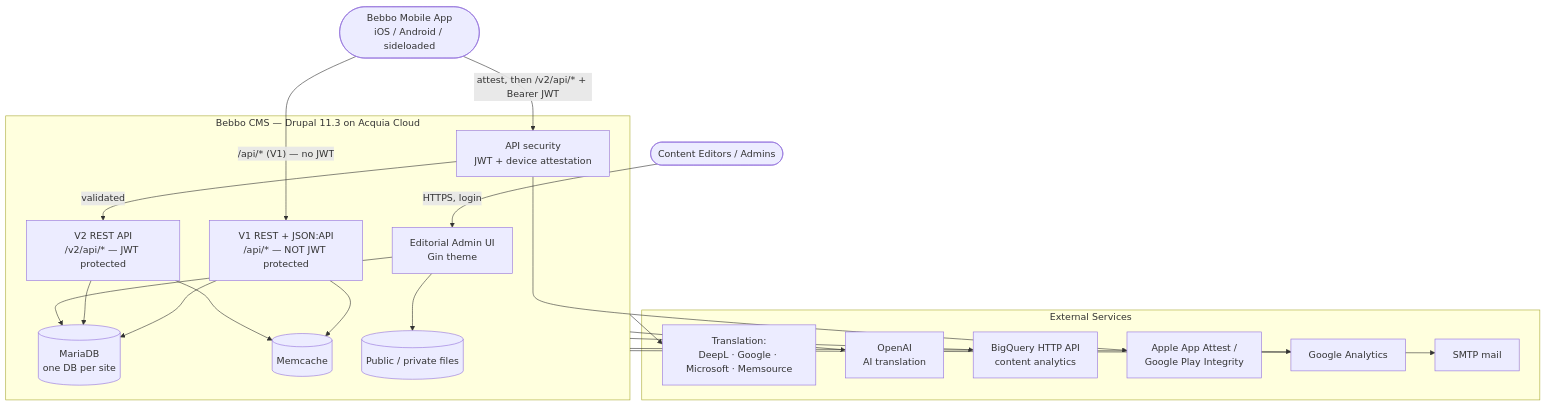
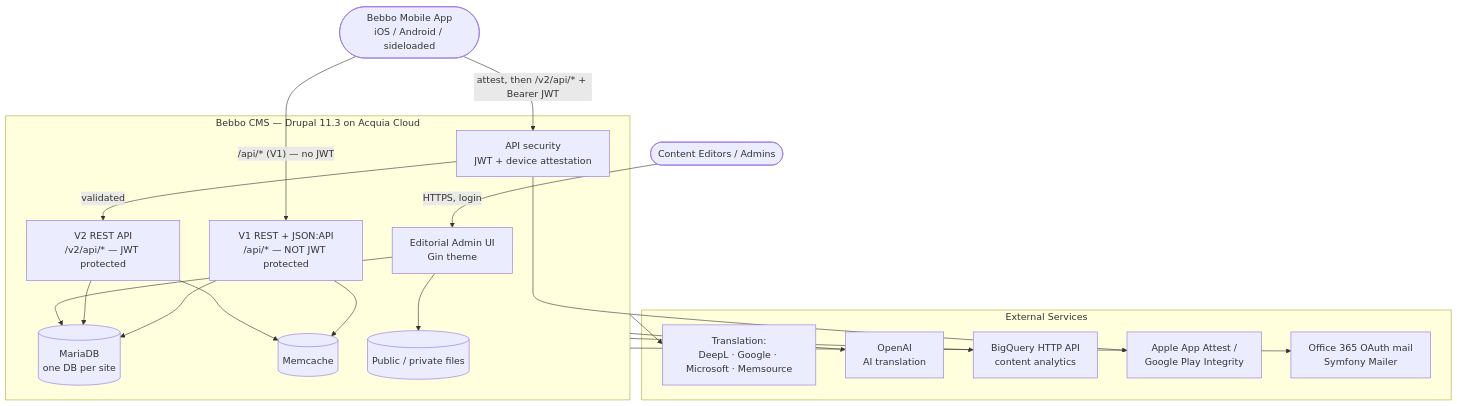
The first of 6 diagrams in docs/ARCHITECTURE.md (jaydevb/parenting-app-bebbo-CMS), drawn with Mermaid before and after one commit. The commit also changed other lines of this file and 7 other files, not shown here.

````diff
--- a/docs/ARCHITECTURE.md
+++ b/docs/ARCHITECTURE.md
@@ -34,42 +34,40 @@
 ```mermaid
 flowchart TB
     editor([Content Editors / Admins])
     app([Bebbo Mobile App<br/>iOS / Android / sideloaded])
 
     subgraph cms["Bebbo CMS — Drupal 11.3 on Acquia Cloud"]
         admin[Editorial Admin UI<br/>Gin theme]
         sec[API security<br/>JWT + device attestation]
         restv2[V2 REST API<br/>/v2/api/* — JWT protected]
         restv1[V1 REST + JSON:API<br/>/api/* — NOT JWT protected]
         db[(MariaDB<br/>one DB per site)]
         mc[(Memcache)]
         files[(Public / private files)]
     end
 
     editor -->|HTTPS, login| admin
     app -->|"attest, then /v2/api/* + Bearer JWT"| sec
     sec -->|validated| restv2
     app -->|"/api/* (V1) — no JWT"| restv1
     admin --> db
     restv2 --> db
     restv1 --> db
     restv2 --> mc
     restv1 --> mc
     admin --> files
 
     subgraph ext["External Services"]
         tmgmt[Translation:<br/>DeepL · Google · Microsoft · Memsource]
         ai[OpenAI<br/>AI translation]
         bq[BigQuery HTTP API<br/>content analytics]
         attest[Apple App Attest /<br/>Google Play Integrity]
-        ga[Google Analytics]
-        smtp[SMTP mail]
+        mailer[Office 365 OAuth mail<br/>Symfony Mailer]
     end
 
     cms --> tmgmt
     cms --> ai
     cms --> bq
     sec --> attest
-    cms --> ga
-    cms --> smtp
+    cms --> mailer
 ```
````
